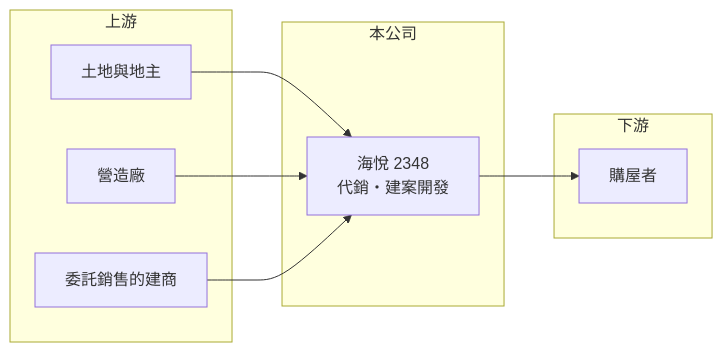
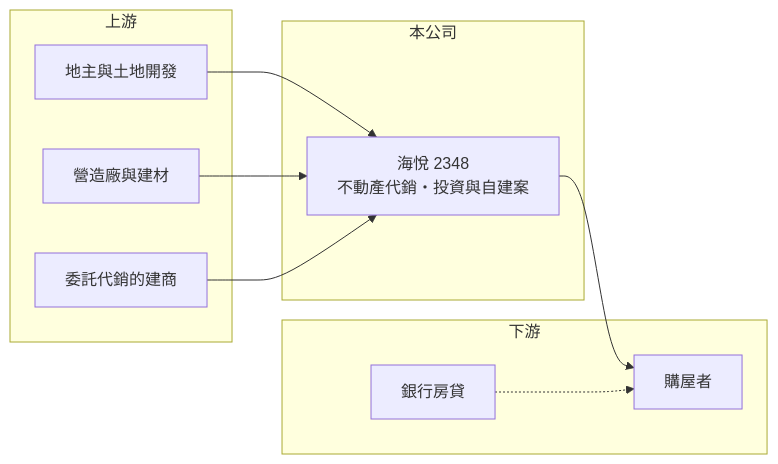
Before and after one commit to wangnick1004/taiwan-stock-vault: the diagram in 個股/台股/2348海悅.md, drawn with Mermaid. The commit also changed other lines of this file and 10 other files, not shown here.

````diff
--- a/個股/台股/2348海悅.md
+++ b/個股/台股/2348海悅.md
@@ -85,18 +100,20 @@
 ```mermaid
 flowchart LR
     subgraph 上游
-        A1["土地與地主"]
-        A2["營造廠"]
-        A3["委託銷售的建商"]
+        A1[地主與土地開發]
+        A2[營造廠與建材]
+        A3[委託代銷的建商]
     end
     subgraph 本公司
-        B["海悅 2348<br/>代銷・建案開發"]
+        B[海悅 2348<br/>不動產代銷・投資與自建案]
     end
     subgraph 下游
-        C1["購屋者"]
+        C1[購屋者]
+        C2[銀行房貸]
     end
     A1 --> B
     A2 --> B
     A3 --> B
     B --> C1
+    C2 -.-> C1
 ```
````
